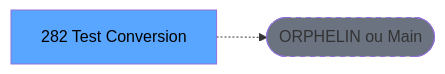
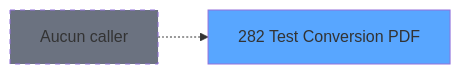
Before and after one commit to thonyAGP/magic-migration: the second of 3 diagrams in .openspec/specs/ADH-IDE-282.md, drawn with Mermaid. The commit also changed other lines of this file and 493 other files, not shown here.

````diff
--- a/.openspec/specs/ADH-IDE-282.md
+++ b/.openspec/specs/ADH-IDE-282.md
@@ -121,8 +127,8 @@
 ```mermaid
 graph LR
-    T[282 Test Conversion]
-    ORPHAN([ORPHELIN ou Main])
-    T -.-> ORPHAN
-    style T fill:#58a6ff,color:#000
-    style ORPHAN fill:#6b7280,stroke-dasharray: 5 5
+    T282[282 Test Conversion PDF]
+    style T282 fill:#58a6ff
+    NONE[Aucun caller]
+    NONE -.-> T282
+    style NONE fill:#6b7280,stroke-dasharray: 5 5
 ```
````
